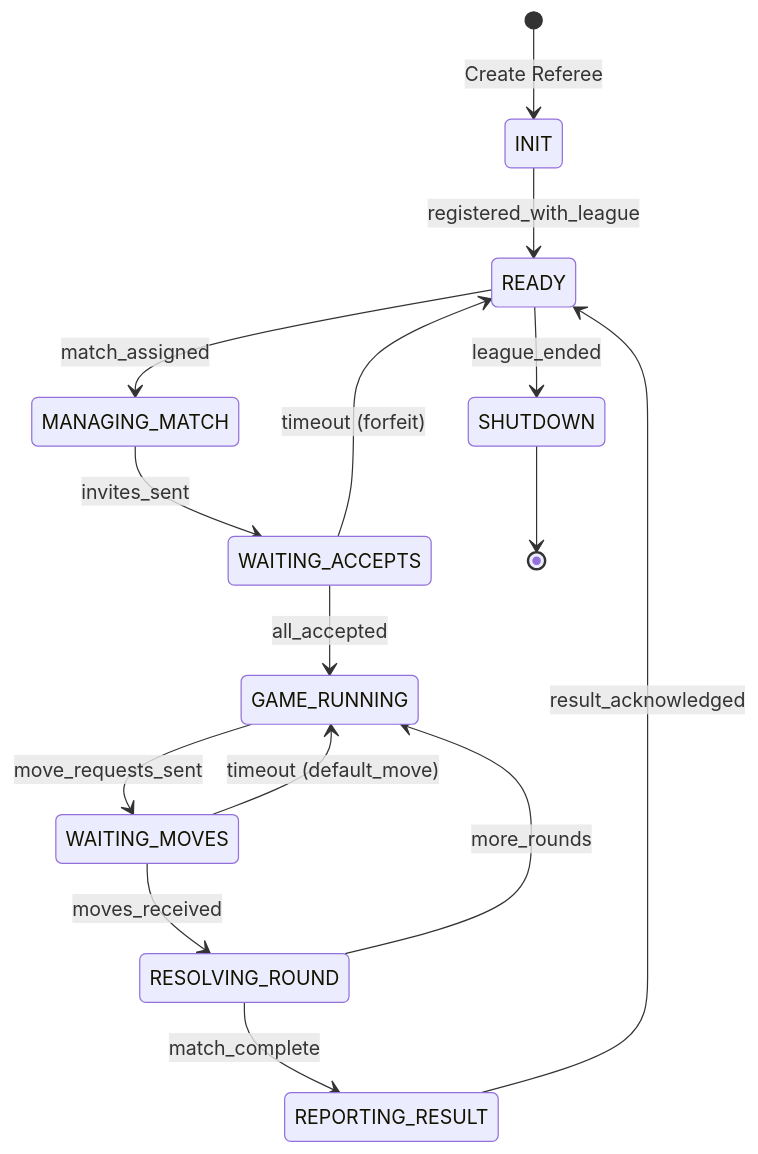
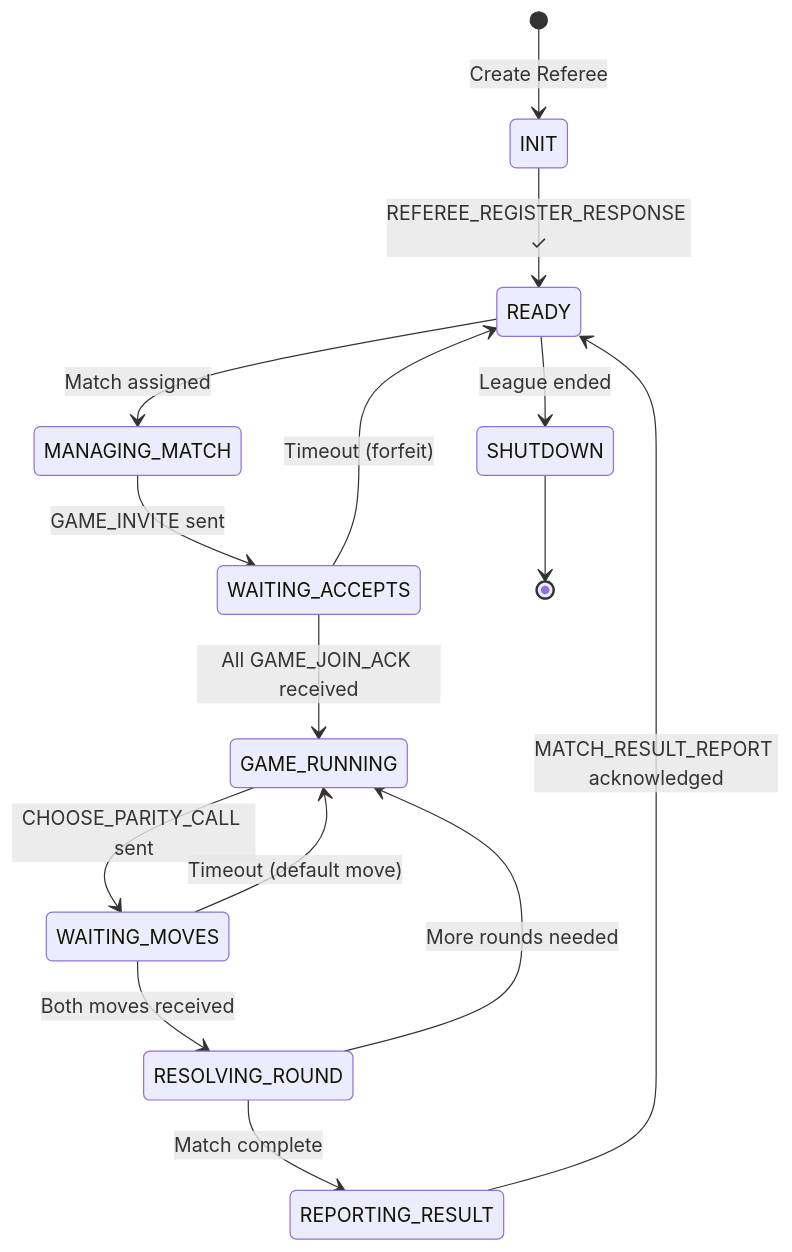
One commit to fouada/Assignment7_mcp-multi-agent-game changed diagram 11 of 14 in README.md. Above: the diagram before and after it, drawn with Mermaid. The commit also changed other lines of this file and 42 other files, not shown here.

````diff
--- a/README.md
+++ b/README.md
@@ -848,27 +689,27 @@
 ```mermaid
 stateDiagram-v2
     [*] --> INIT: Create Referee
     
-    INIT --> READY: registered_with_league
+    INIT --> READY: REFEREE_REGISTER_RESPONSE ✓
     
-    READY --> MANAGING_MATCH: match_assigned
+    READY --> MANAGING_MATCH: Match assigned
     
-    MANAGING_MATCH --> WAITING_ACCEPTS: invites_sent
+    MANAGING_MATCH --> WAITING_ACCEPTS: GAME_INVITE sent
     
-    WAITING_ACCEPTS --> GAME_RUNNING: all_accepted
-    WAITING_ACCEPTS --> READY: timeout (forfeit)
+    WAITING_ACCEPTS --> GAME_RUNNING: All GAME_JOIN_ACK received
+    WAITING_ACCEPTS --> READY: Timeout (forfeit)
     
-    GAME_RUNNING --> WAITING_MOVES: move_requests_sent
+    GAME_RUNNING --> WAITING_MOVES: CHOOSE_PARITY_CALL sent
     
-    WAITING_MOVES --> RESOLVING_ROUND: moves_received
-    WAITING_MOVES --> GAME_RUNNING: timeout (default_move)
+    WAITING_MOVES --> RESOLVING_ROUND: Both moves received
+    WAITING_MOVES --> GAME_RUNNING: Timeout (default move)
     
-    RESOLVING_ROUND --> GAME_RUNNING: more_rounds
-    RESOLVING_ROUND --> REPORTING_RESULT: match_complete
+    RESOLVING_ROUND --> GAME_RUNNING: More rounds needed
+    RESOLVING_ROUND --> REPORTING_RESULT: Match complete
     
-    REPORTING_RESULT --> READY: result_acknowledged
+    REPORTING_RESULT --> READY: MATCH_RESULT_REPORT acknowledged
     
-    READY --> SHUTDOWN: league_ended
+    READY --> SHUTDOWN: League ended
     
     SHUTDOWN --> [*]
 ```
````
